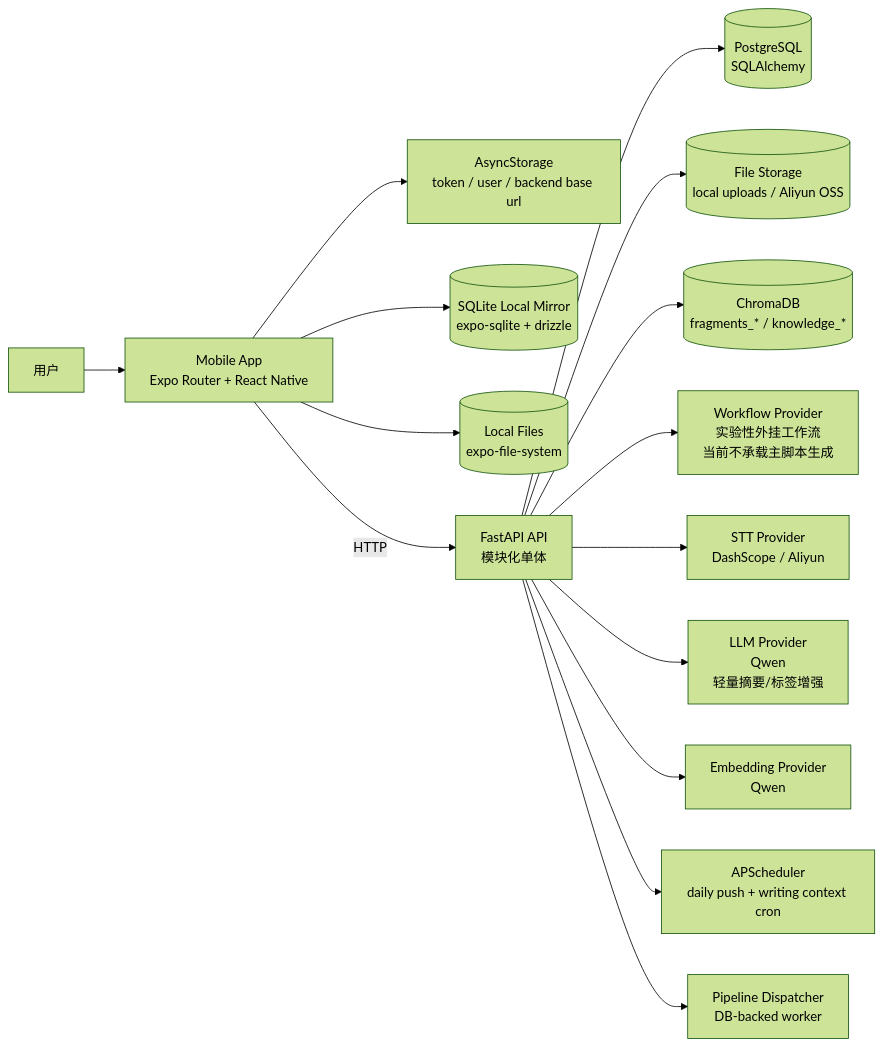
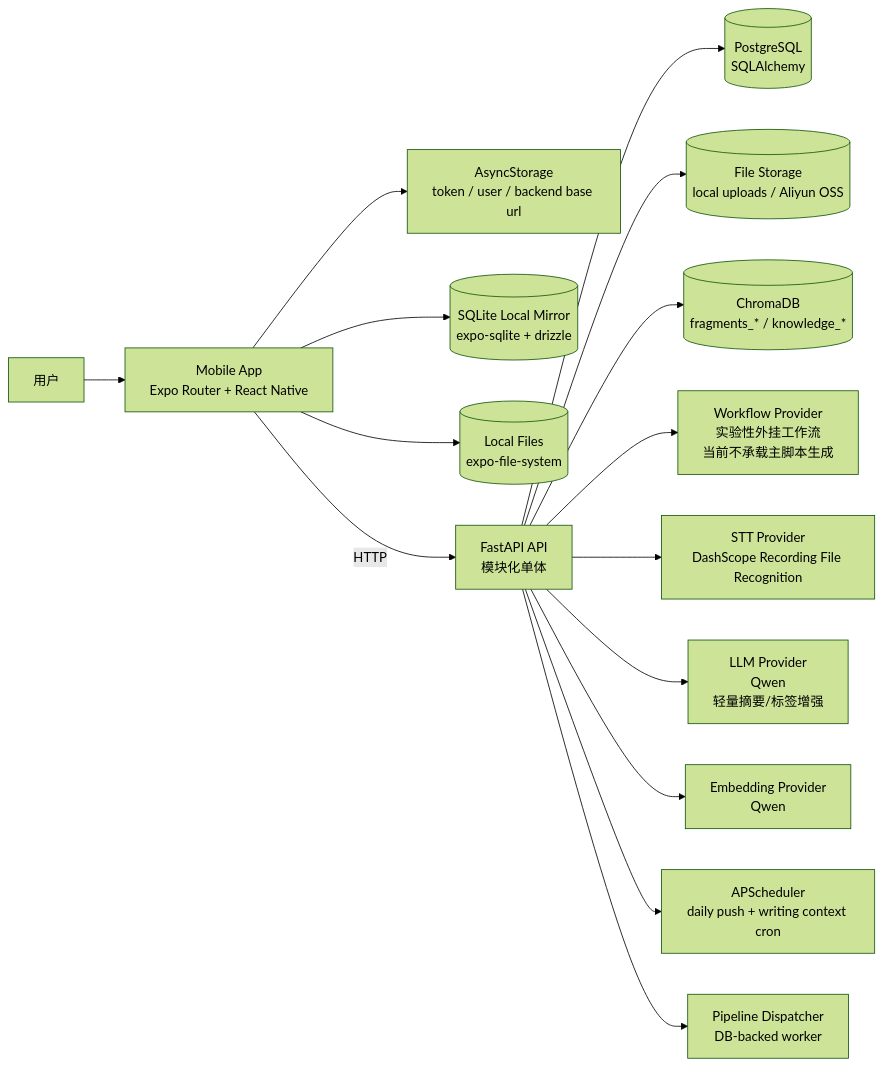
Before and after one commit to YCZA2/SparkFlow: the first of 9 diagrams in memory-bank/architecture.md, drawn with Mermaid (forest theme). The commit also changed other lines of this file and 13 other files, not shown here.

````diff
--- a/memory-bank/architecture.md
+++ b/memory-bank/architecture.md
@@ -24,33 +24,33 @@
 ```mermaid
 flowchart LR
     U["用户"]
     M["Mobile App<br/>Expo Router + React Native"]
     S["AsyncStorage<br/>token / user / backend base url"]
     LDB[("SQLite Local Mirror<br/>expo-sqlite + drizzle")]
     LFS[("Local Files<br/>expo-file-system")]
     API["FastAPI API<br/>模块化单体"]
     DB[("PostgreSQL<br/>SQLAlchemy")]
     FS[("File Storage<br/>local uploads / Aliyun OSS")]
     CHROMA[("ChromaDB<br/>fragments_* / knowledge_*")]
     WFP["Workflow Provider<br/>实验性外挂工作流<br/>当前不承载主脚本生成"]
-    STT["STT Provider<br/>DashScope / Aliyun"]
+    STT["STT Provider<br/>DashScope Recording File Recognition"]
     LLM["LLM Provider<br/>Qwen<br/>轻量摘要/标签增强"]
     EMB["Embedding Provider<br/>Qwen"]
     SCH["APScheduler<br/>daily push + writing context cron"]
     PIPE["Pipeline Dispatcher<br/>DB-backed worker"]
 
     U --> M
     M --> S
     M --> LDB
     M --> LFS
     M -->|HTTP| API
     API --> DB
     API --> FS
     API --> CHROMA
     API --> WFP
     API --> STT
     API --> LLM
     API --> EMB
     API --> SCH
     API --> PIPE
 ```
````
